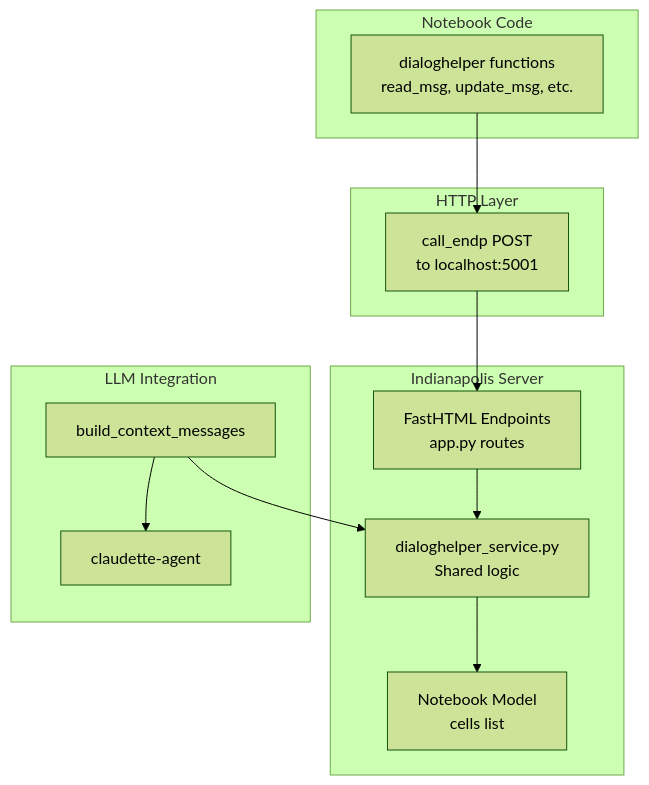
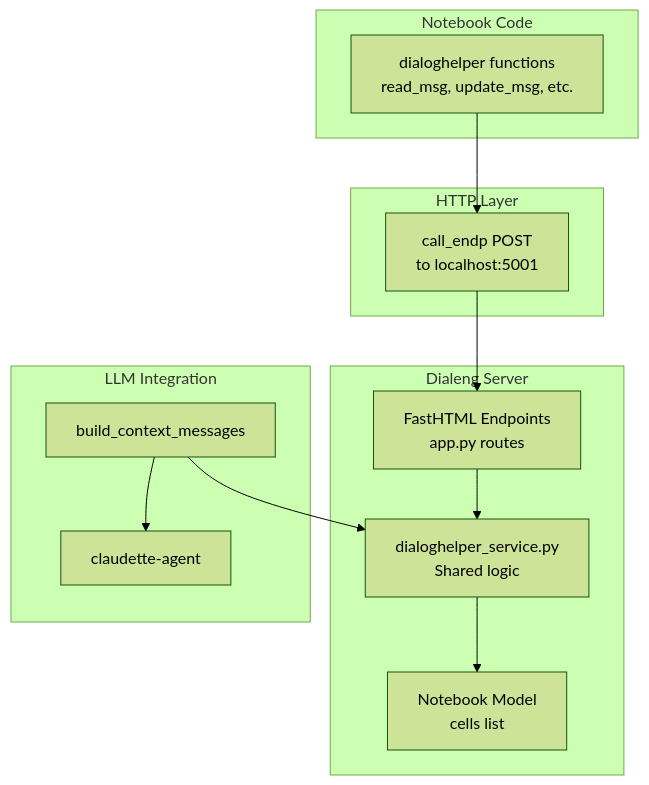
One commit to sgaseretto/solveish changed the first of 7 diagrams in docs/how_it_works/05_dialoghelper_integration.md. Above: the diagram before and after it, drawn with Mermaid (forest theme). The commit also changed other lines of this file and 20 other files, not shown here.

````diff
--- a/docs/how_it_works/05_dialoghelper_integration.md
+++ b/docs/how_it_works/05_dialoghelper_integration.md
@@ -11,28 +11,28 @@
 ```mermaid
 flowchart TB
     subgraph "Notebook Code"
         DH[dialoghelper functions<br/>read_msg, update_msg, etc.]
     end
 
     subgraph "HTTP Layer"
         CE[call_endp POST<br/>to localhost:5001]
     end
 
-    subgraph "Indianapolis Server"
+    subgraph "Dialeng Server"
         EP[FastHTML Endpoints<br/>app.py routes]
         SVC[dialoghelper_service.py<br/>Shared logic]
         NB[Notebook Model<br/>cells list]
     end
 
     subgraph "LLM Integration"
         CTX[build_context_messages]
         LLM[claudette-agent]
     end
 
     DH --> CE
     CE --> EP
     EP --> SVC
     SVC --> NB
     CTX --> SVC
     CTX --> LLM
 ```
````
